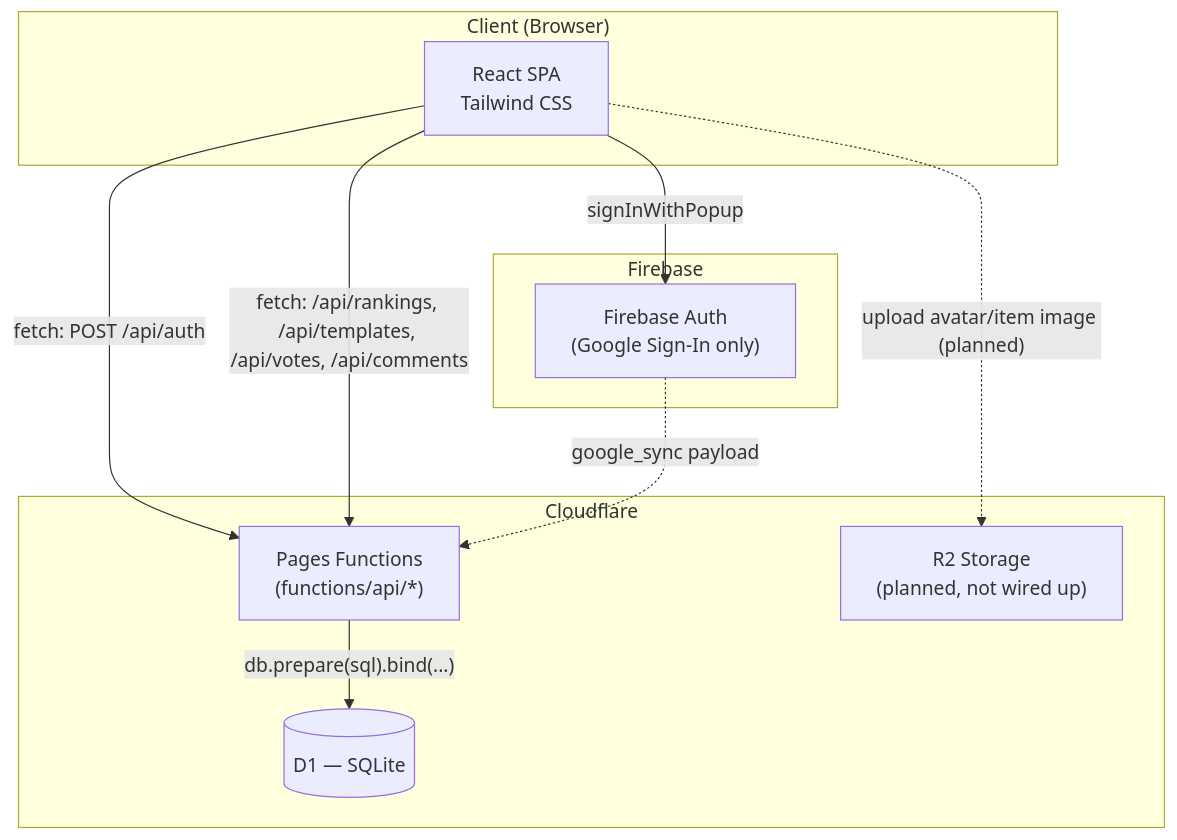
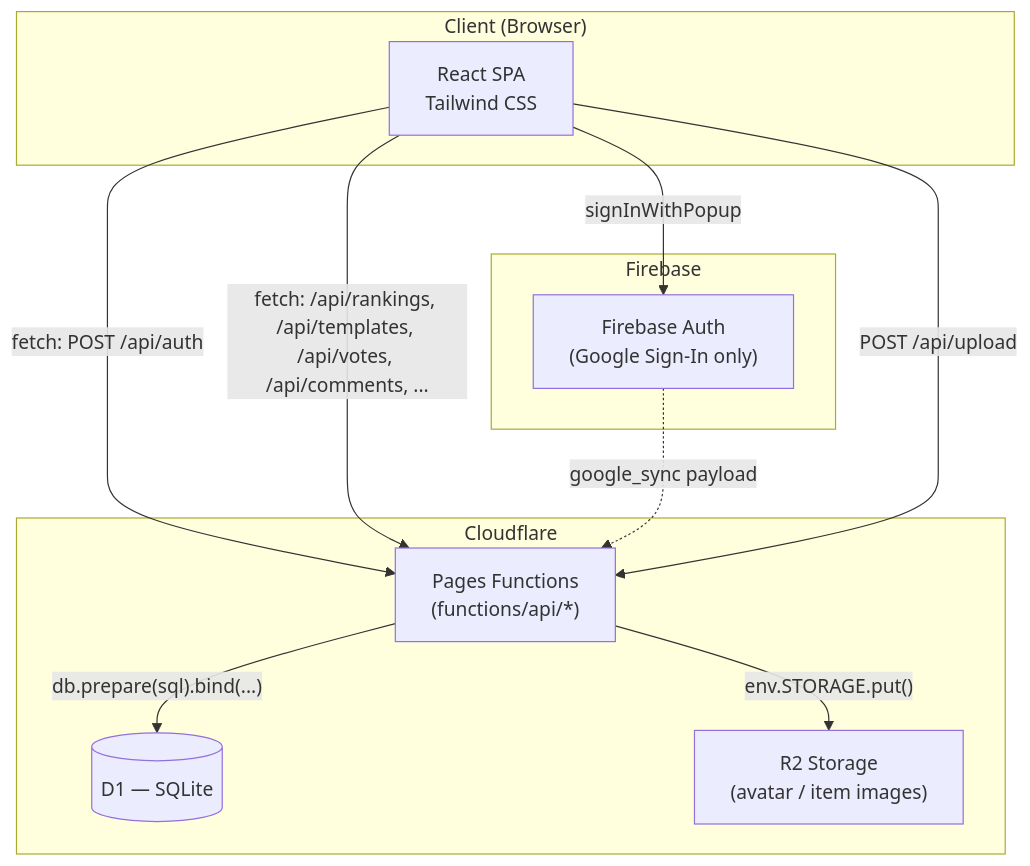
Before and after one commit to Altroria-Art/Tear-of-God: the first of 4 diagrams in SDS.md, drawn with Mermaid. The commit also changed other lines of this file and 42 other files, not shown here.

````diff
--- a/SDS.md
+++ b/SDS.md
@@ -96,23 +115,24 @@
 ```mermaid
 flowchart TB
     subgraph Client["Client (Browser)"]
         UI["React SPA<br/>Tailwind CSS"]
     end
 
     subgraph CF["Cloudflare"]
         FN["Pages Functions<br/>(functions/api/*)"]
         DB[("D1 — SQLite")]
-        R2["R2 Storage<br/>(planned, not wired up)"]
+        R2["R2 Storage<br/>(avatar / item images)"]
     end
 
     subgraph FB["Firebase"]
         FBAuth["Firebase Auth<br/>(Google Sign-In only)"]
     end
 
     UI -->|"fetch: POST /api/auth"| FN
-    UI -->|"fetch: /api/rankings, /api/templates, /api/votes, /api/comments"| FN
+    UI -->|"fetch: /api/rankings, /api/templates, /api/votes, /api/comments, ..."| FN
     FN -->|"db.prepare(sql).bind(...)"| DB
     UI -->|"signInWithPopup"| FBAuth
     FBAuth -.->|"google_sync payload"| FN
-    UI -.->|"upload avatar/item image (planned)"| R2
+    UI -->|"POST /api/upload"| FN
+    FN -->|"env.STORAGE.put()"| R2
 ```
````
